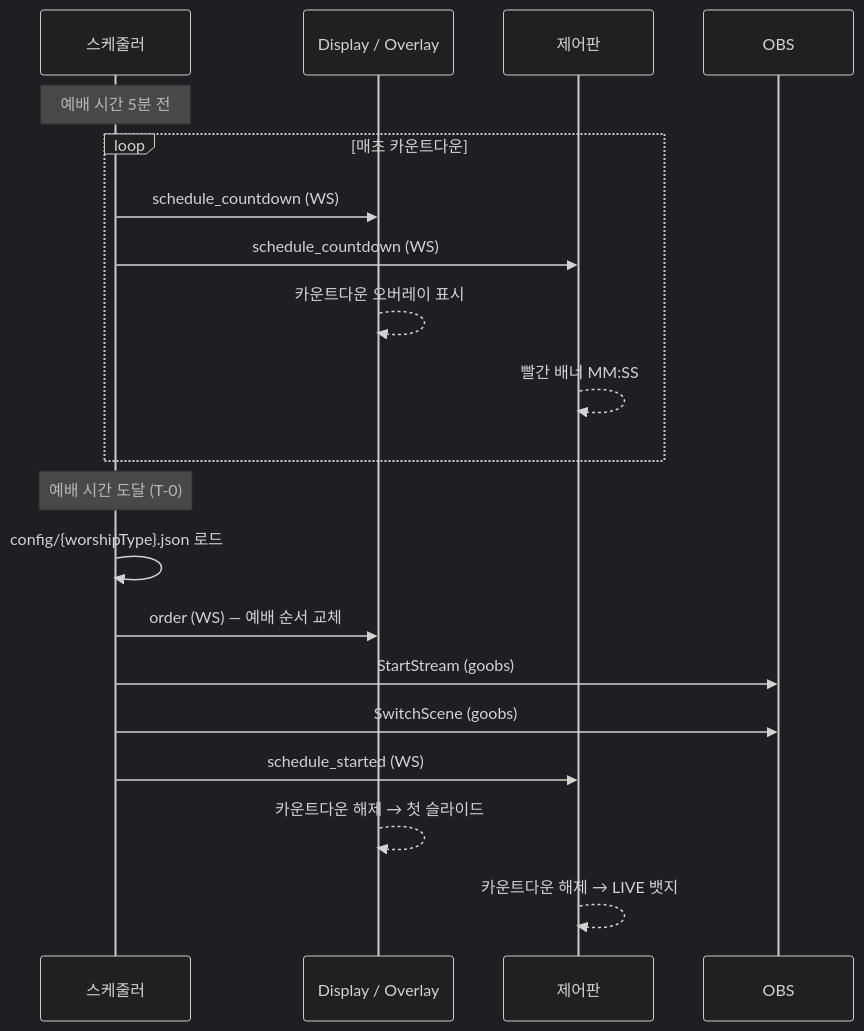
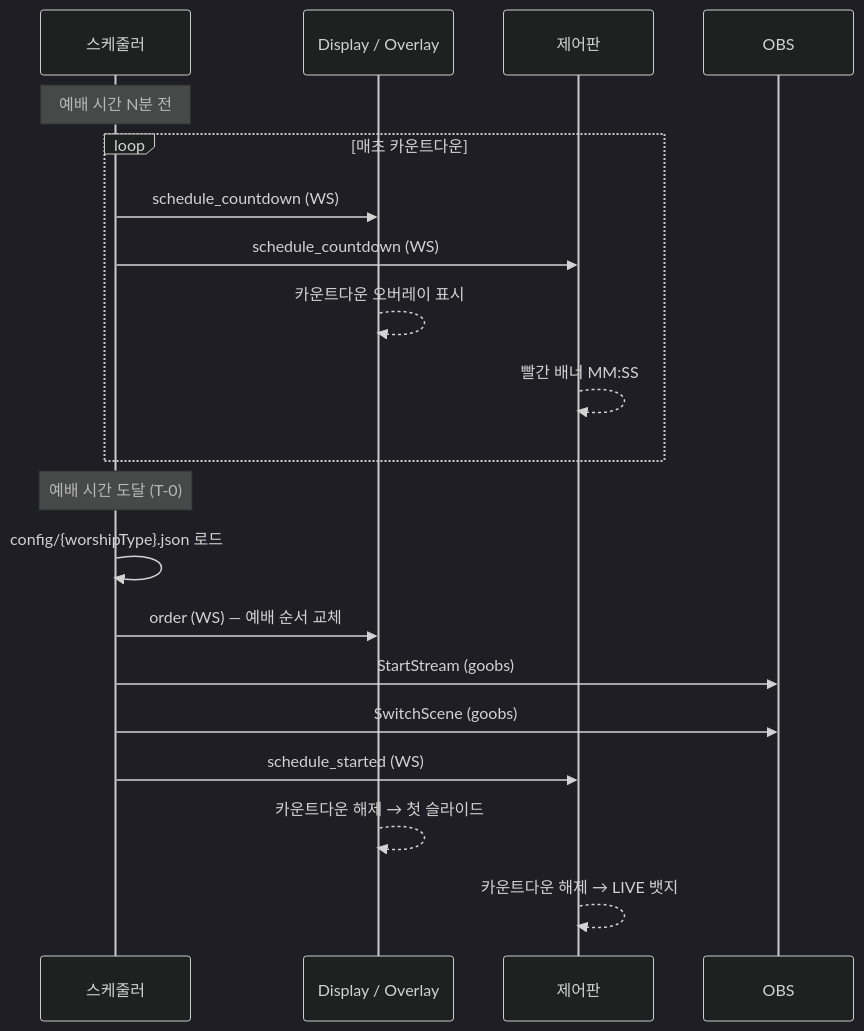
One commit to AwesomeYelim/easyPreparation changed the second of 2 diagrams in README.md. Above: the diagram before and after it, drawn with Mermaid (dark theme). The commit also changed other lines of this file and 9 other files, not shown here.

````diff
--- a/README.md
+++ b/README.md
@@ -184,24 +199,24 @@
 ```mermaid
 sequenceDiagram
     participant S as 스케줄러
     participant D as Display / Overlay
     participant C as 제어판
     participant O as OBS
 
-    Note over S: 예배 시간 5분 전
+    Note over S: 예배 시간 N분 전
     loop 매초 카운트다운
         S->>D: schedule_countdown (WS)
         S->>C: schedule_countdown (WS)
         D-->>D: 카운트다운 오버레이 표시
         C-->>C: 빨간 배너 MM:SS
     end
 
     Note over S: 예배 시간 도달 (T-0)
     S->>S: config/{worshipType}.json 로드
     S->>D: order (WS) — 예배 순서 교체
     S->>O: StartStream (goobs)
     S->>O: SwitchScene (goobs)
     S->>C: schedule_started (WS)
     D-->>D: 카운트다운 해제 → 첫 슬라이드
     C-->>C: 카운트다운 해제 → LIVE 뱃지
 ```
````
